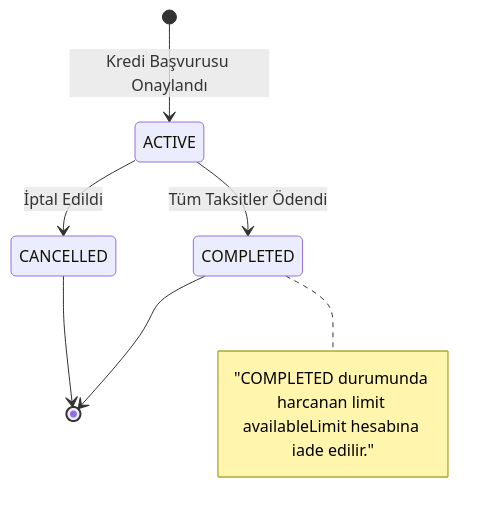
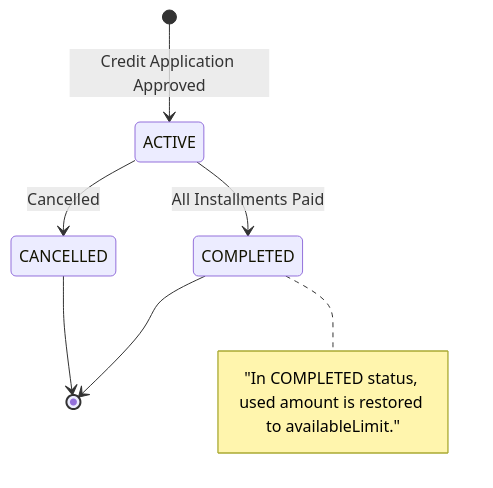
Before and after one commit to efeyrtln1/Credit-Management-API: the first of 2 diagrams in docs/state-machines.md, drawn with Mermaid. The commit also changed other lines of this file and 1 other file, not shown here.

Commit message:
docs:fix syntax error in state machine diagram notes

````diff
--- a/docs/state-machines.md
+++ b/docs/state-machines.md
@@ -1,12 +1,12 @@
 ```mermaid
 stateDiagram-v2
-    [*] --> ACTIVE : Kredi Başvurusu Onaylandı
+    [*] --> ACTIVE : Credit Application Approved
     
-    ACTIVE --> COMPLETED : Tüm Taksitler Ödendi
-    ACTIVE --> CANCELLED : İptal Edildi
+    ACTIVE --> COMPLETED : All Installments Paid
+    ACTIVE --> CANCELLED : Cancelled
     
     COMPLETED --> [*]
     CANCELLED --> [*]
 
-    note right of COMPLETED : "COMPLETED durumunda harcanan limit availableLimit hesabına iade edilir."
+    note right of COMPLETED : "In COMPLETED status, used amount is restored to availableLimit."
 ```
````
